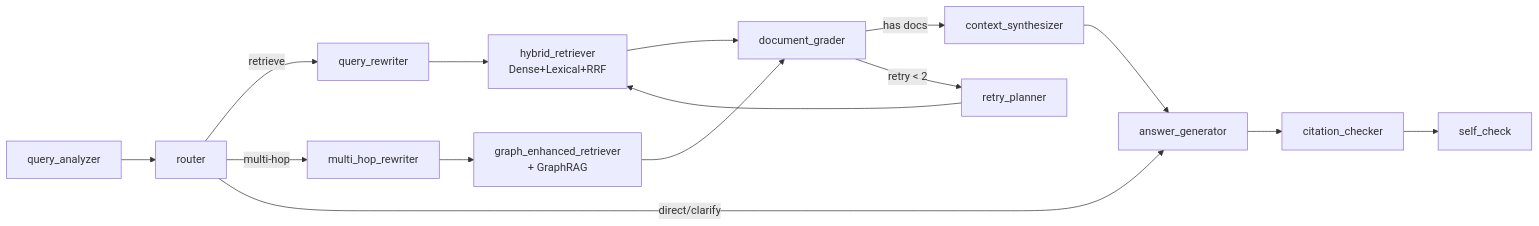
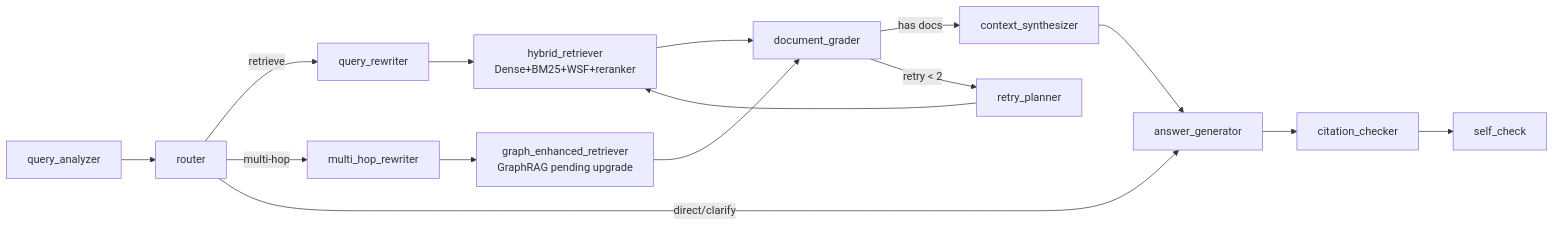
Before and after one commit to Sggggt/DialoGraph: the sixth of 6 diagrams in README.en.md, drawn with Mermaid. The commit also changed other lines of this file and 8 other files, not shown here.

Commit message:
feat: 检索架构已升级为Dense + BM25 + WSF + bge-reranker，GraphRAG待升级

````diff
--- a/README.en.md
+++ b/README.en.md
@@ -464,17 +496,17 @@
 ```mermaid
 graph LR
     A[query_analyzer] --> B[router]
     B -->|retrieve| C[query_rewriter]
     B -->|multi-hop| C2[multi_hop_rewriter]
     B -->|direct/clarify| G[answer_generator]
-    C --> D[hybrid_retriever<br/>Dense+Lexical+RRF]
-    C2 --> D2[graph_enhanced_retriever<br/>+ GraphRAG]
+    C --> D[hybrid_retriever<br/>Dense+BM25+WSF+reranker]
+    C2 --> D2[graph_enhanced_retriever<br/>GraphRAG pending upgrade]
     D --> E[document_grader]
     D2 --> E
     E -->|has docs| F[context_synthesizer]
     E -->|retry < 2| R[retry_planner]
     R --> D
     F --> G
     G --> H[citation_checker]
     H --> I[self_check]
 ```
````
